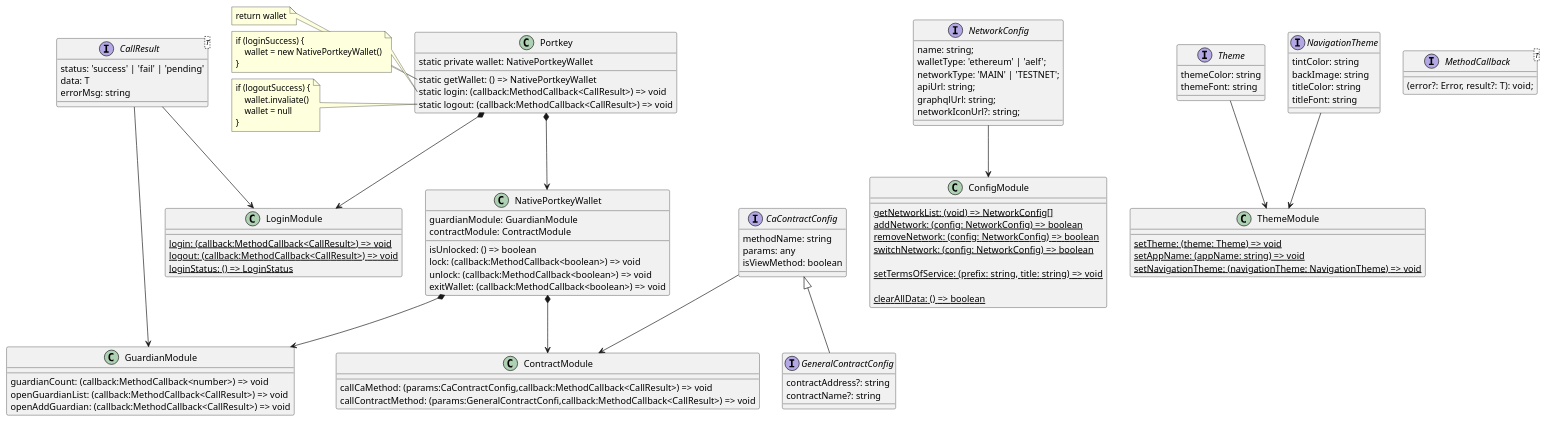
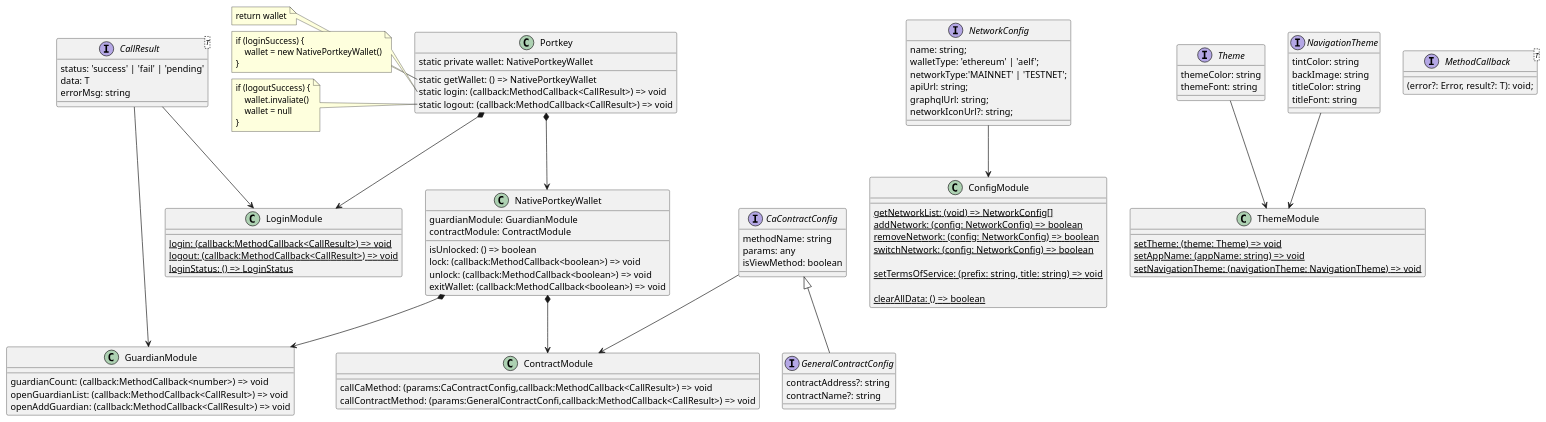
The diagram in uml/native-wallet.puml (Portkey-Wallet/react-native-sdk), drawn with PlantUML before and after one commit. The commit also changed 34 other files, not shown here.

```diff
--- a/uml/native-wallet.puml
+++ b/uml/native-wallet.puml
@@ -1,128 +1,128 @@
 @startuml wallet
 
 class Portkey {
     static private wallet: NativePortkeyWallet
     static getWallet: () => NativePortkeyWallet
     static login: (callback:MethodCallback<CallResult>) => void
     static logout: (callback:MethodCallback<CallResult>) => void
 }
 
 note left of Portkey::getWallet
     return wallet
 end note
 note left of Portkey::login
     if (loginSuccess) {
         wallet = new NativePortkeyWallet()
     }
 end note
 note left of Portkey::logout
     if (logoutSuccess) {
         wallet.invaliate()
         wallet = null
     }
 end note
 
 class NativePortkeyWallet {
     isUnlocked: () => boolean
     lock: (callback:MethodCallback<boolean>) => void
     unlock: (callback:MethodCallback<boolean>) => void
     exitWallet: (callback:MethodCallback<boolean>) => void
 
     guardianModule: GuardianModule
     contractModule: ContractModule
 }
 
 class LoginModule {
     {static} login: (callback:MethodCallback<CallResult>) => void
     {static} logout: (callback:MethodCallback<CallResult>) => void
     {static} loginStatus: () => LoginStatus
 }
 
 class GuardianModule {
     guardianCount: (callback:MethodCallback<number>) => void
     openGuardianList: (callback:MethodCallback<CallResult>) => void
     openAddGuardian: (callback:MethodCallback<CallResult>) => void
 }
 
 class ConfigModule {
     {static} getNetworkList: (void) => NetworkConfig[]
     {static} addNetwork: (config: NetworkConfig) => boolean
     {static} removeNetwork: (config: NetworkConfig) => boolean
     {static} switchNetwork: (config: NetworkConfig) => boolean
     
     {static} setTermsOfService: (prefix: string, title: string) => void
     
     {static} clearAllData: () => boolean
 }
 
 interface NetworkConfig {
     name: string;
     walletType: 'ethereum' | 'aelf';
-    networkType: 'MAIN' | 'TESTNET';
+    networkType:'MAINNET' | 'TESTNET';
     apiUrl: string;
     graphqlUrl: string;
     networkIconUrl?: string;
 }
 
 class ThemeModule {
     {static} setTheme: (theme: Theme) => void
     {static} setAppName: (appName: string) => void
     {static} setNavigationTheme: (navigationTheme: NavigationTheme) => void
 }
 
 interface Theme {
     themeColor: string
     themeFont: string
 }
 
 interface NavigationTheme {
     tintColor: string
     backImage: string
     titleColor: string
     titleFont: string
 }
 
 class ContractModule {
     callCaMethod: (params:CaContractConfig,callback:MethodCallback<CallResult>) => void
     callContractMethod: (params:GeneralContractConfi,callback:MethodCallback<CallResult>) => void
 }
 
 interface MethodCallback<T> {
     (error?: Error, result?: T): void;
 }
 
 interface CaContractConfig {
     methodName: string
     params: any
     isViewMethod: boolean
 }
 
 interface GeneralContractConfig extends CaContractConfig {
     contractAddress?: string
     contractName?: string
 }
 
 interface CallResult<T> {
     status: 'success' | 'fail' | 'pending'
     data: T
     errorMsg: string
 }
 
 ' MethodCallback --> NativePortkeyWallet
 ' MethodCallback --> GuardianManager
 ' CaContractConfig --> NativePortkeyWallet
 ' AddGuardianConfig --> GuardianManager
 ' AddGuardianResult --> GuardianManager
 Portkey *--> NativePortkeyWallet
 Portkey *--> LoginModule
 NativePortkeyWallet *--> GuardianModule
 NativePortkeyWallet *--> ContractModule
 
 CallResult --> LoginModule
 CallResult --> GuardianModule
 NetworkConfig --> ConfigModule
 Theme --> ThemeModule
 NavigationTheme --> ThemeModule
 CaContractConfig --> ContractModule
 
 @enduml
```
